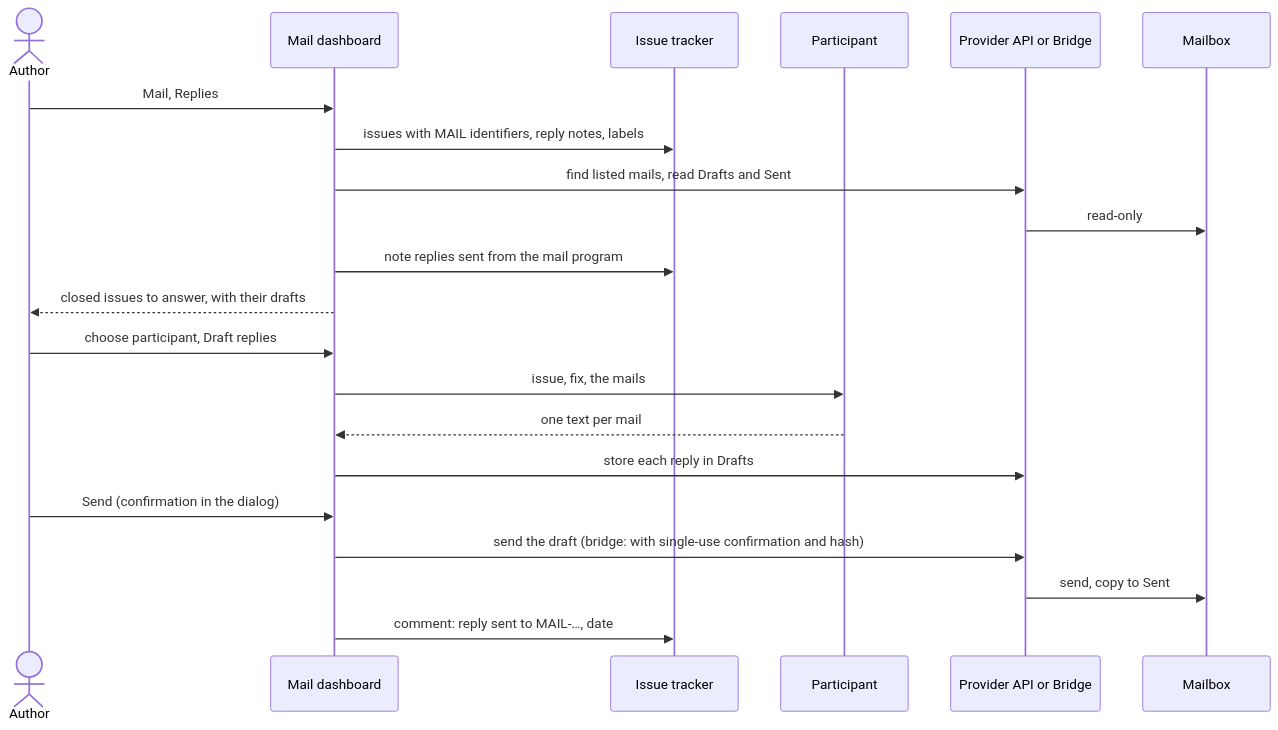
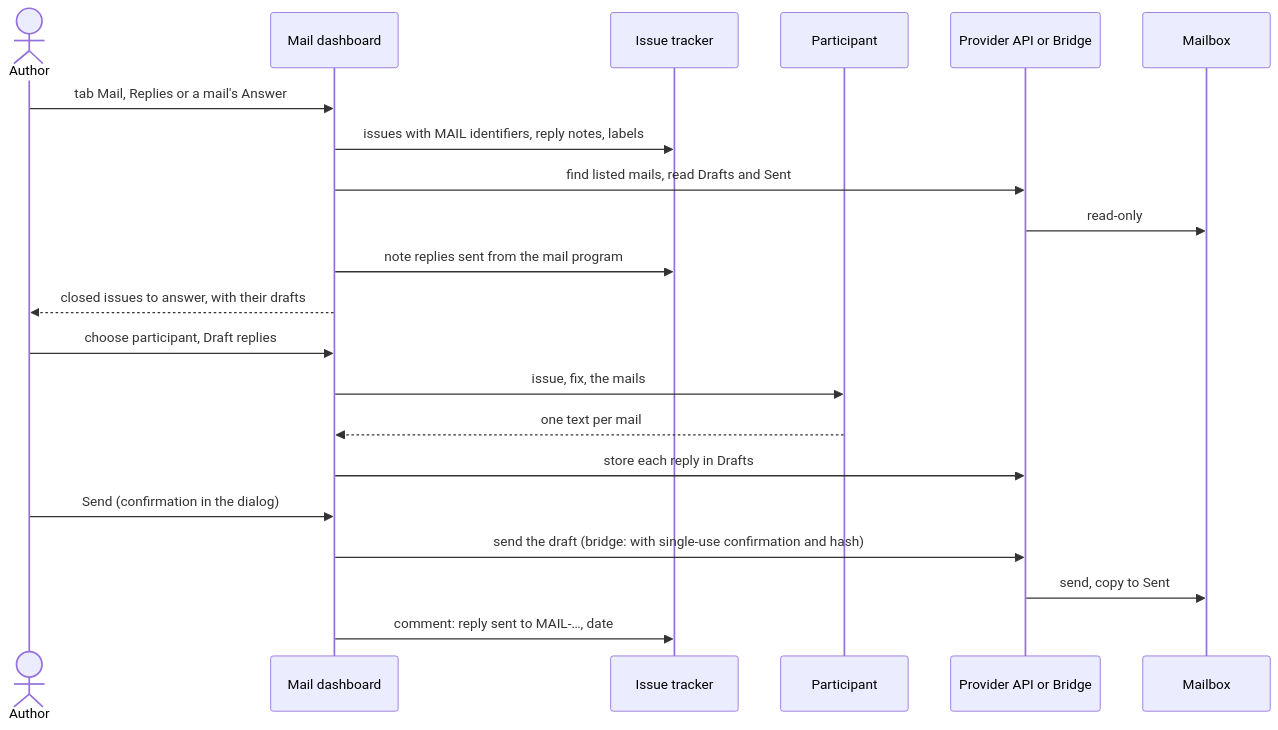
One commit to akmaier/agent-m changed the diagram in docs/use-cases/UC-039-close-or-defer-an-issue-and-reply.md. Above: the diagram before and after it, drawn with Mermaid. The commit also changed other lines of this file and 4 other files, not shown here.

````diff
--- a/docs/use-cases/UC-039-close-or-defer-an-issue-and-reply.md
+++ b/docs/use-cases/UC-039-close-or-defer-an-issue-and-reply.md
@@ -106,23 +107,23 @@
 ```mermaid
 sequenceDiagram
     actor A as Author
     participant D as Mail dashboard
     participant I as Issue tracker
     participant P as Participant
     participant B as Provider API or Bridge
     participant S as Mailbox
-    A->>D: Mail, Replies
+    A->>D: tab Mail, Replies or a mail's Answer
     D->>I: issues with MAIL identifiers, reply notes, labels
     D->>B: find listed mails, read Drafts and Sent
     B->>S: read-only
     D->>I: note replies sent from the mail program
     D-->>A: closed issues to answer, with their drafts
     A->>D: choose participant, Draft replies
     D->>P: issue, fix, the mails
     P-->>D: one text per mail
     D->>B: store each reply in Drafts
     A->>D: Send (confirmation in the dialog)
     D->>B: send the draft (bridge: with single-use confirmation and hash)
     B->>S: send, copy to Sent
     D->>I: comment: reply sent to MAIL-…, date
 ```
````
